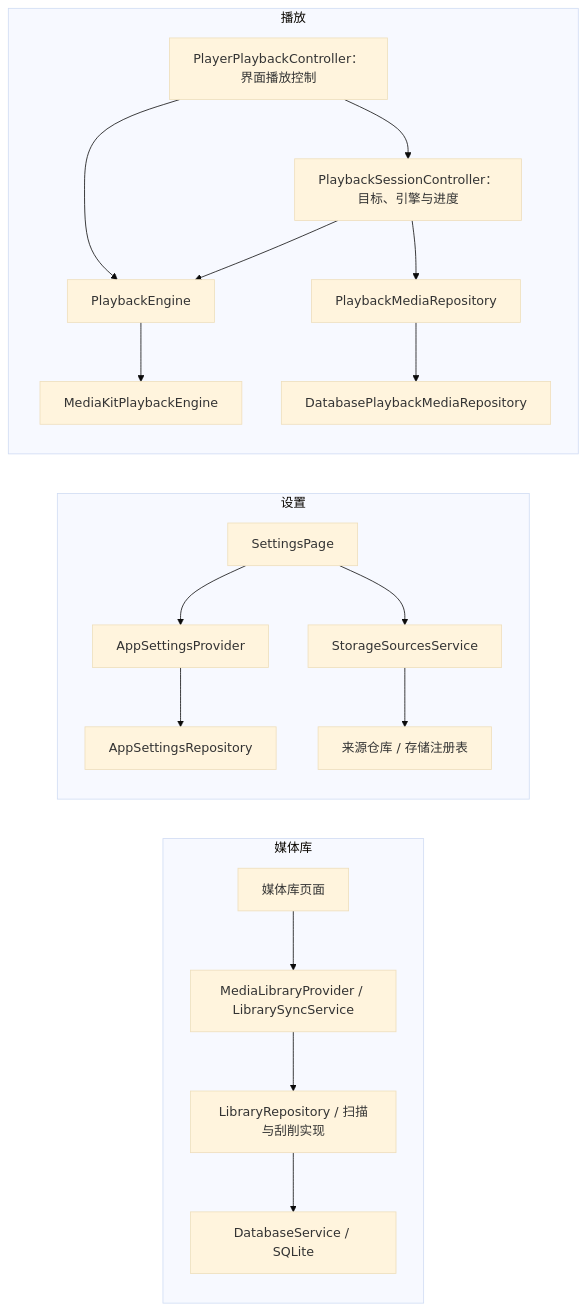
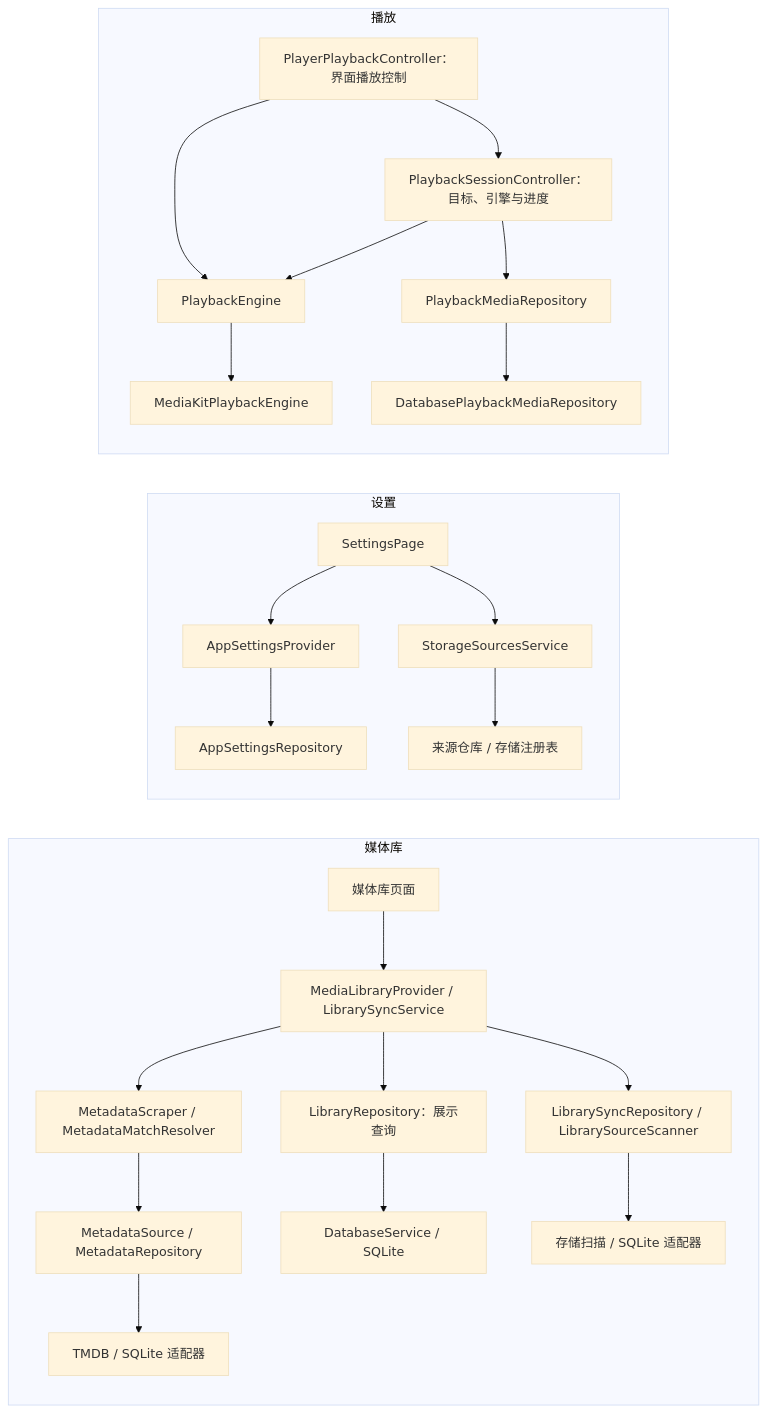
One commit to sen-to/mochi_player changed the second of 3 diagrams in docs/architecture/overview.md. Above: the diagram before and after it, drawn with Mermaid (base theme). The commit also changed other lines of this file and 32 other files, not shown here.

````diff
--- a/docs/architecture/overview.md
+++ b/docs/architecture/overview.md
@@ -51,22 +53,27 @@
 ```mermaid
 flowchart LR
   subgraph LibraryPath["媒体库"]
     LibraryPage["媒体库页面"] --> LibraryApp["MediaLibraryProvider / LibrarySyncService"]
-    LibraryApp --> Repository["LibraryRepository / 扫描与刮削实现"]
-    Repository --> Database["DatabaseService / SQLite"]
+    LibraryApp --> Queries["LibraryRepository：展示查询"]
+    LibraryApp --> Sync["LibrarySyncRepository / LibrarySourceScanner"]
+    LibraryApp --> Scraper["MetadataScraper / MetadataMatchResolver"]
+    Scraper --> Metadata["MetadataSource / MetadataRepository"]
+    Queries --> Database["DatabaseService / SQLite"]
+    Sync --> Adapters["存储扫描 / SQLite 适配器"]
+    Metadata --> MetadataBackend["TMDB / SQLite 适配器"]
   end
   subgraph SettingsPath["设置"]
     SettingsPage["SettingsPage"] --> SettingsApp["AppSettingsProvider"]
     SettingsApp --> Preferences["AppSettingsRepository"]
     SettingsPage --> SourcesApp["StorageSourcesService"]
     SourcesApp --> Storage["来源仓库 / 存储注册表"]
   end
   subgraph PlaybackPath["播放"]
     Player["PlayerPlaybackController：界面播放控制"] --> Session["PlaybackSessionController：目标、引擎与进度"]
     Session --> EngineContract["PlaybackEngine"]
     Player --> EngineContract
     EngineContract --> Backend["MediaKitPlaybackEngine"]
     Session --> StoreContract["PlaybackMediaRepository"]
     StoreContract --> Store["DatabasePlaybackMediaRepository"]
   end
 ```
````
